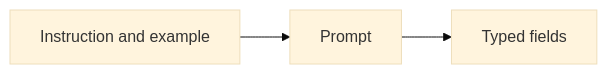
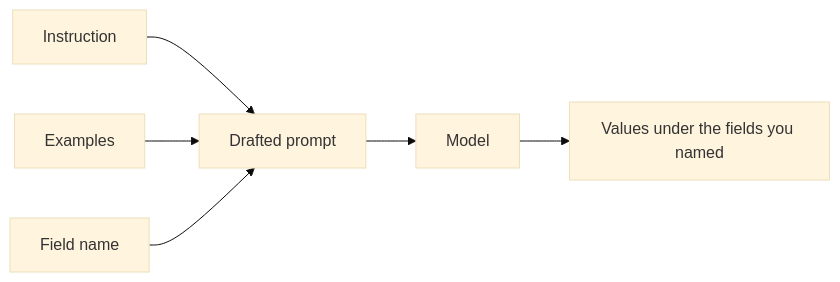
One commit to mohamedmabrouk582/Android-Ai-Lab changed the diagram in lab-prompting/README.md. Above: the diagram before and after it, drawn with Mermaid (base theme). The commit also changed other lines of this file and 41 other files, not shown here.

````diff
--- a/lab-prompting/README.md
+++ b/lab-prompting/README.md
@@ -13,4 +32,8 @@
 ```mermaid
 flowchart LR
-  n0["Instruction and example"] --> n1["Prompt"] --> n2["Typed fields"]
+  instruction["Instruction"] --> prompt["Drafted prompt"]
+  examples["Examples"] --> prompt
+  field["Field name"] --> prompt
+  prompt --> model["Model"]
+  model --> typed["Values under the fields you named"]
 ```
````
